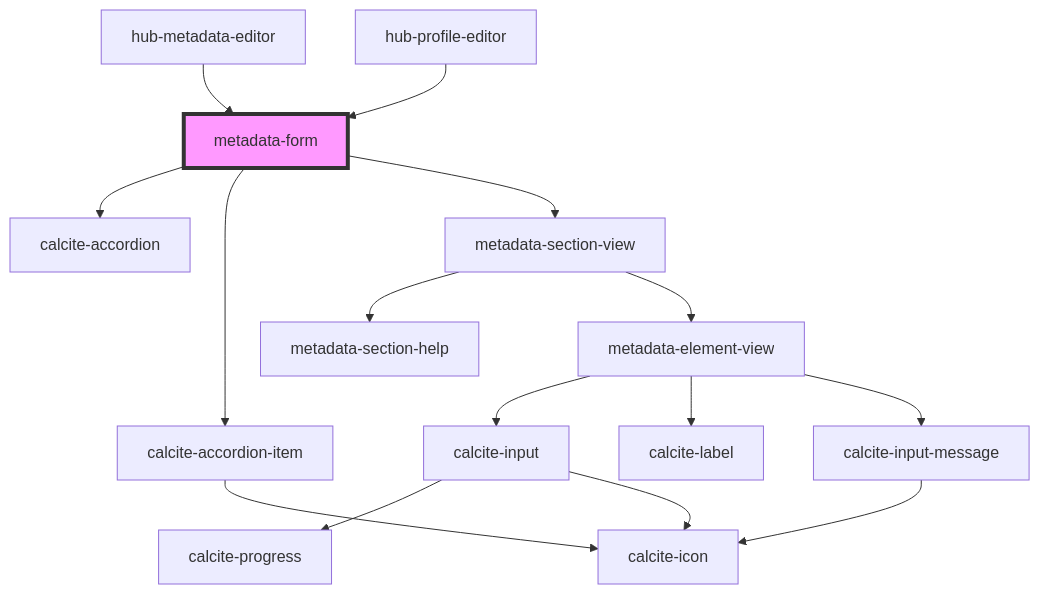
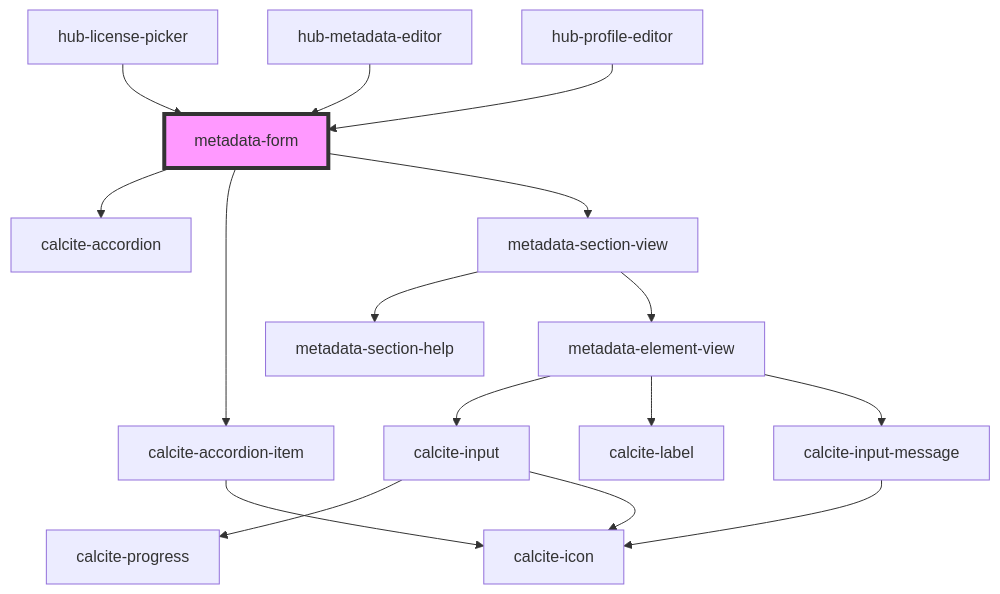
The diagram in src/components/blocks/metadata-form/readme.md (esridc/hub-components-experiments), drawn with Mermaid before and after one commit. The commit also changed other lines of this file and 3 other files, not shown here.

````diff
--- a/src/components/blocks/metadata-form/readme.md
+++ b/src/components/blocks/metadata-form/readme.md
@@ -31,18 +32,19 @@
 ```mermaid
 graph TD;
   metadata-form --> calcite-accordion
   metadata-form --> calcite-accordion-item
   metadata-form --> metadata-section-view
   calcite-accordion-item --> calcite-icon
   metadata-section-view --> metadata-section-help
   metadata-section-view --> metadata-element-view
   metadata-element-view --> calcite-input
   metadata-element-view --> calcite-label
   metadata-element-view --> calcite-input-message
   calcite-input --> calcite-progress
   calcite-input --> calcite-icon
   calcite-input-message --> calcite-icon
+  hub-license-picker --> metadata-form
   hub-metadata-editor --> metadata-form
   hub-profile-editor --> metadata-form
   style metadata-form fill:#f9f,stroke:#333,stroke-width:4px
 ```
````
